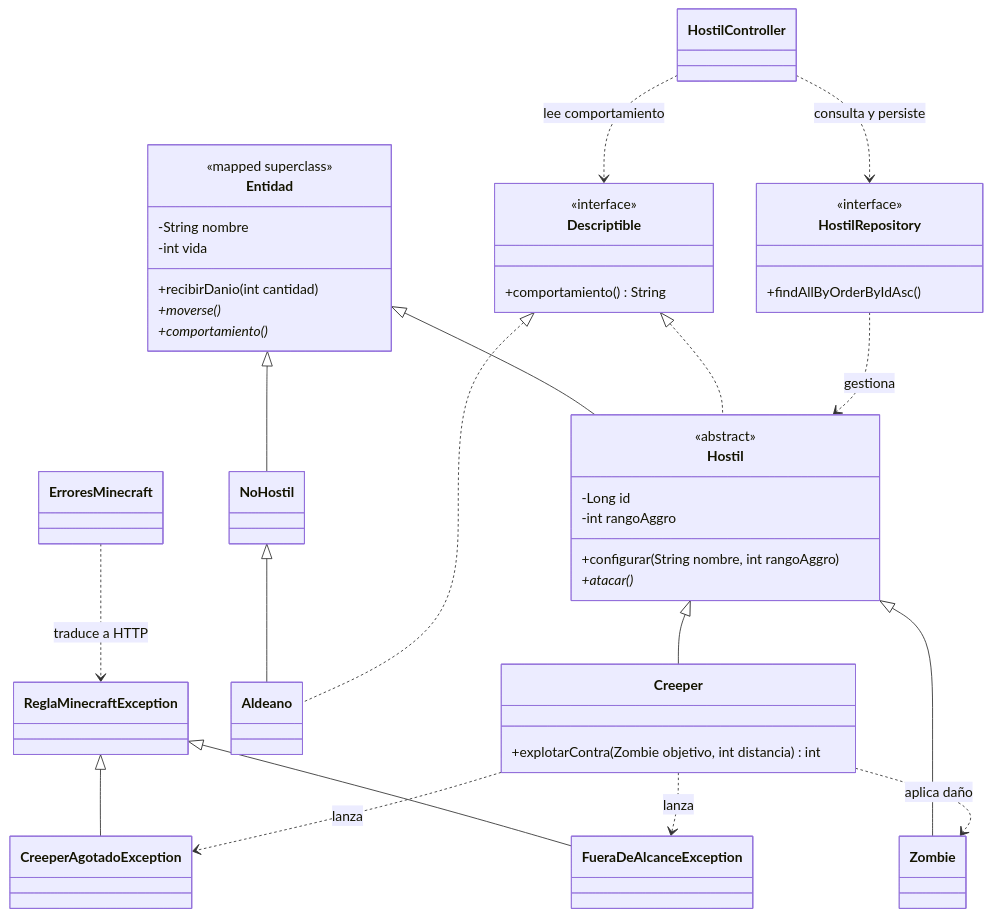
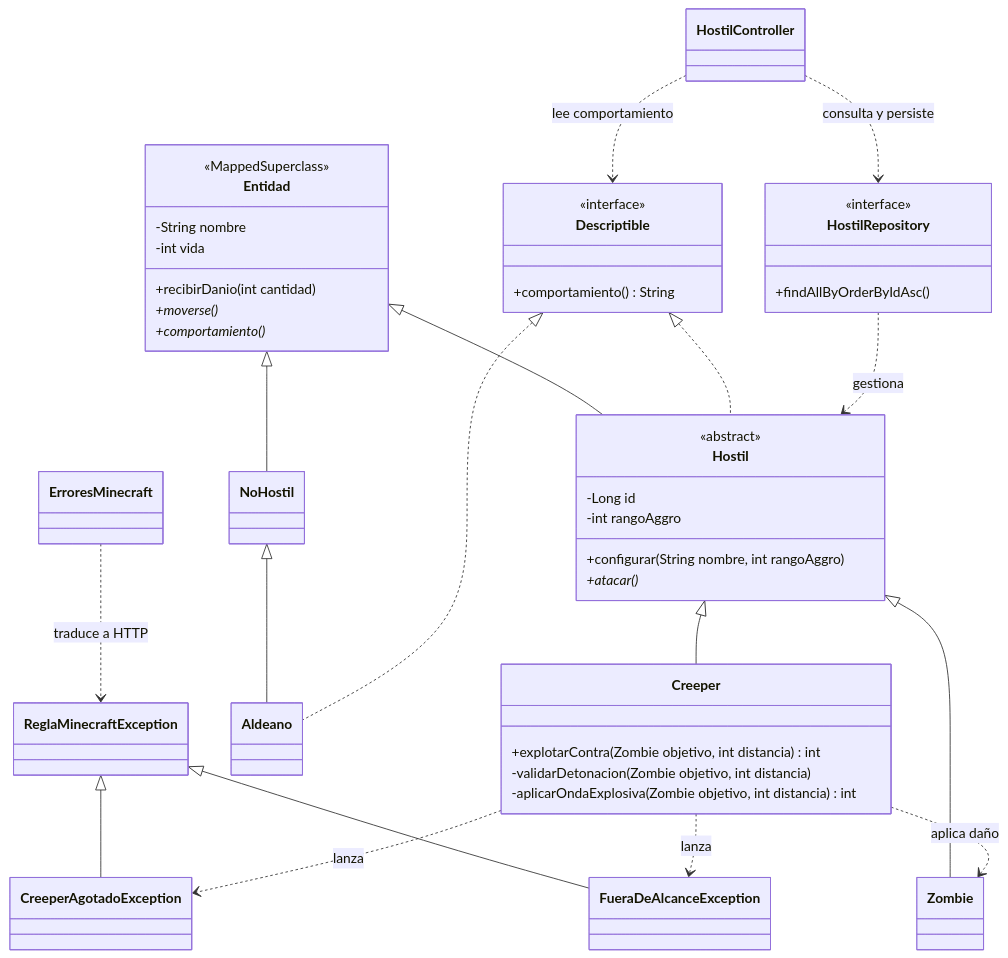
One commit to eliasleonardo11-dotcom/EP-taller-git-2026 changed the diagram in README.md. Above: the diagram before and after it, drawn with Mermaid. The commit also changed other lines of this file and 2 other files, not shown here.

````diff
--- a/README.md
+++ b/README.md
@@ -47,54 +45,56 @@
 ```mermaid
 classDiagram
     class Entidad {
-        <<mapped superclass>>
+        <<MappedSuperclass>>
         -String nombre
         -int vida
         +recibirDanio(int cantidad)
         +moverse()*
         +comportamiento()*
     }
     class Hostil {
         <<abstract>>
         -Long id
         -int rangoAggro
         +configurar(String nombre, int rangoAggro)
         +atacar()*
     }
     class Creeper {
         +explotarContra(Zombie objetivo, int distancia) int
+        -validarDetonacion(Zombie objetivo, int distancia)
+        -aplicarOndaExplosiva(Zombie objetivo, int distancia) int
     }
     class Zombie
     class NoHostil
     class Aldeano
     class Descriptible {
         <<interface>>
         +comportamiento() String
     }
     class HostilRepository {
         <<interface>>
         +findAllByOrderByIdAsc()
     }
     class HostilController
     class ErroresMinecraft
     class ReglaMinecraftException
     class FueraDeAlcanceException
     class CreeperAgotadoException
 
     Entidad <|-- Hostil
     Entidad <|-- NoHostil
     NoHostil <|-- Aldeano
     Hostil <|-- Creeper
     Hostil <|-- Zombie
     Descriptible <|.. Hostil
     Descriptible <|.. Aldeano
     Creeper ..> Zombie : aplica daño
     HostilController ..> HostilRepository : consulta y persiste
     HostilController ..> Descriptible : lee comportamiento
     HostilRepository ..> Hostil : gestiona
     ReglaMinecraftException <|-- FueraDeAlcanceException
     ReglaMinecraftException <|-- CreeperAgotadoException
     Creeper ..> FueraDeAlcanceException : lanza
     Creeper ..> CreeperAgotadoException : lanza
     ErroresMinecraft ..> ReglaMinecraftException : traduce a HTTP
 ```
````
